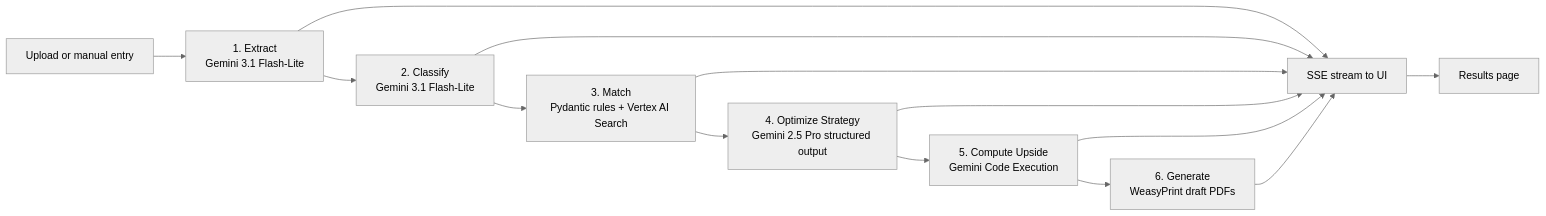
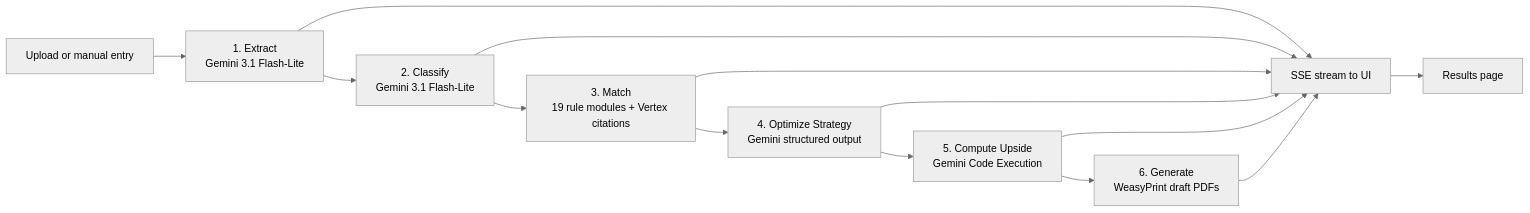
Before and after one commit to AlaskanTuna/Layak: the second of 8 diagrams in README.md, drawn with Mermaid (neutral theme). The commit also changed other lines of this file and 10 other files, not shown here.

````diff
--- a/README.md
+++ b/README.md
@@ -161,15 +161,15 @@
 ```mermaid
 flowchart LR
     Intake[Upload or manual entry] --> Extract[1. Extract<br/>Gemini 3.1 Flash-Lite]
     Extract --> Classify[2. Classify<br/>Gemini 3.1 Flash-Lite]
-    Classify --> Match[3. Match<br/>Pydantic rules + Vertex AI Search]
-    Match --> Optimize[4. Optimize Strategy<br/>Gemini 2.5 Pro structured output]
+    Classify --> Match[3. Match<br/>19 rule modules + Vertex citations]
+    Match --> Optimize[4. Optimize Strategy<br/>Gemini structured output]
     Optimize --> Compute[5. Compute Upside<br/>Gemini Code Execution]
     Compute --> Generate[6. Generate<br/>WeasyPrint draft PDFs]
     Extract --> SSE[SSE stream to UI]
     Classify --> SSE
     Match --> SSE
     Optimize --> SSE
     Compute --> SSE
     Generate --> SSE --> Results[Results page]
 ```
````
